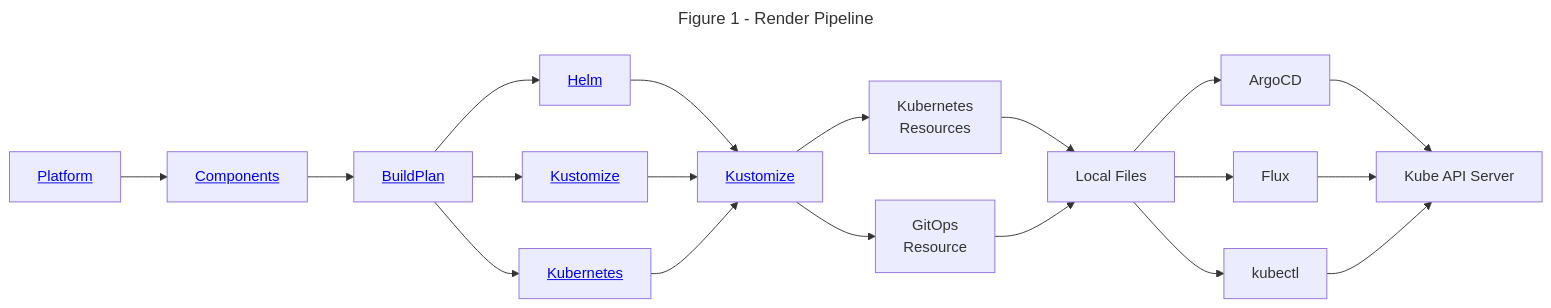
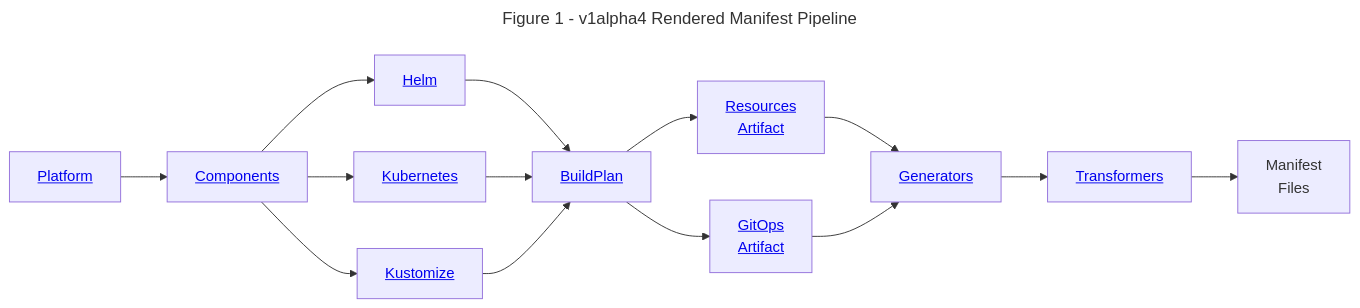
One commit to holos-run/holos changed the diagram in doc/md/guides/quickstart.mdx. Above: the diagram before and after it, drawn with Mermaid.

Commit message:
website: update quickstart diagram to match helm
Avoid confusion, got a question about this in discord.

````diff
--- a/doc/md/guides/quickstart.mdx
+++ b/doc/md/guides/quickstart.mdx
@@ -327,32 +327,31 @@
 ```mermaid
 ---
-title: Figure 1 - Render Pipeline
+title: Figure 1 - v1alpha4 Rendered Manifest Pipeline
 ---
 graph LR
-    PS[<a href="/docs/api/author/v1alpha3/#Platform">Platform</a>]
-    HC[<a href="/docs/api/author/v1alpha3/#ComponentFields">Components</a>]
-    BP[<a href="/docs/api/core/v1alpha3#BuildPlan">BuildPlan</a>]
+    Platform[<a href="/docs/api/author/v1alpha4/#Platform">Platform</a>]
+    Component[<a href="/docs/api/author/v1alpha4/#ComponentConfig">Components</a>]
 
-    H[<a href="/docs/api/author/v1alpha3/#Helm">Helm</a>]
-    K[<a href="/docs/api/author/v1alpha3/#Kustomize">Kustomize</a>]
-    O[<a href="/docs/api/author/v1alpha3/#Kubernetes">Kubernetes</a>]
+    Helm[<a href="/docs/api/author/v1alpha4/#Helm">Helm</a>]
+    Kustomize[<a href="/docs/api/author/v1alpha4/#Kustomize">Kustomize</a>]
+    Kubernetes[<a href="/docs/api/author/v1alpha4/#Kubernetes">Kubernetes</a>]
 
-    P[<a href="/docs/api/core/v1alpha3#Kustomize">Kustomize</a>]
-    Y[Kubernetes <br/>Resources]
-    G[GitOps <br/>Resource]
-    FS[Local Files]
+    BuildPlan[<a href="/docs/api/core/v1alpha4/#buildplan">BuildPlan</a>]
 
-    C[Kube API Server]
+    ResourcesArtifact[<a href="/docs/api/core/v1alpha4/#artifact">Resources<br/>Artifact</a>]
+    GitOpsArtifact[<a href="/docs/api/core/v1alpha4/#artifact">GitOps<br/>Artifact</a>]
 
-    PS --> HC --> BP
-    BP --> H --> P
-    BP --> K --> P
-    BP --> O --> P
+    Generators[<a href="/docs/api/core/v1alpha4/#generators">Generators</a>]
+    Transformers[<a href="/docs/api/core/v1alpha4/#transformer">Transformers</a>]
+    Files[Manifest<br/>Files]
 
-    P --> Y --> FS
-    P --> G --> FS
+    Platform --> Component
+    Component --> Helm --> BuildPlan
+    Component --> Kubernetes --> BuildPlan
+    Component --> Kustomize --> BuildPlan
 
-    FS --> ArgoCD --> C
-    FS --> Flux --> C
-    FS --> kubectl --> C
+    BuildPlan --> ResourcesArtifact --> Generators
+    BuildPlan --> GitOpsArtifact --> Generators
+
+    Generators --> Transformers --> Files
 ```
````
